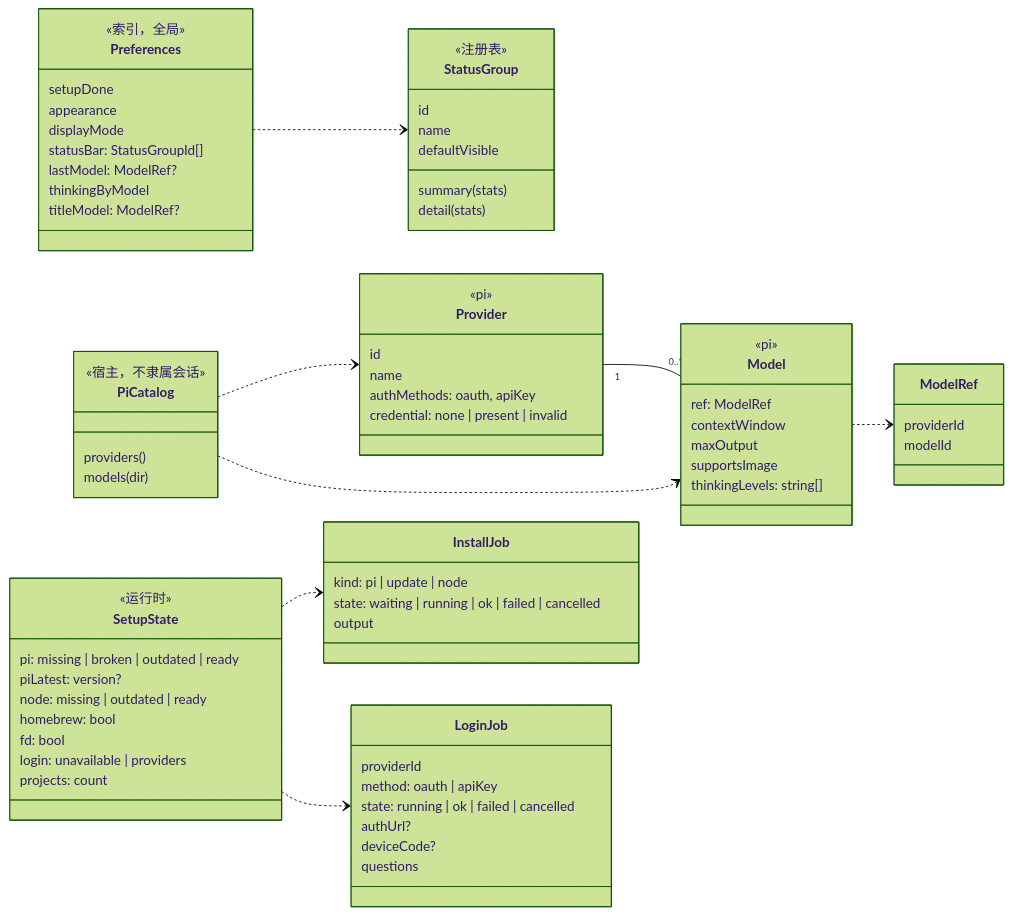
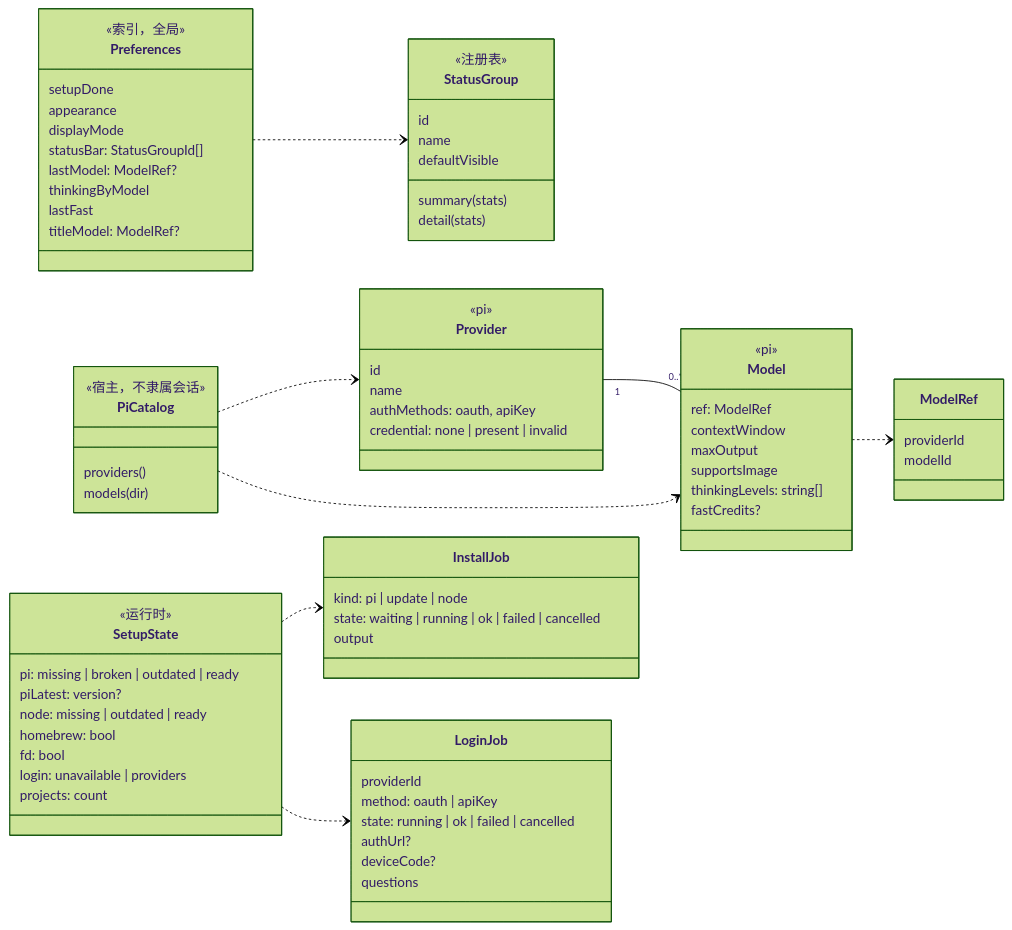
One commit to Wan-Kai/atrium changed the fifth of 7 diagrams in docs/architecture/domain-model.md. Above: the diagram before and after it, drawn with Mermaid (forest theme). The commit also changed other lines of this file and 77 other files, not shown here.

````diff
--- a/docs/architecture/domain-model.md
+++ b/docs/architecture/domain-model.md
@@ -460,76 +460,78 @@
 ```mermaid
 classDiagram
     direction LR
     class ModelRef {
       providerId
       modelId
     }
     class Provider {
       <<pi>>
       id
       name
       authMethods: oauth, apiKey
       credential: none | present | invalid
     }
     class Model {
       <<pi>>
       ref: ModelRef
       contextWindow
       maxOutput
       supportsImage
       thinkingLevels: string[]
+      fastCredits?
     }
     class PiCatalog {
       <<宿主，不隶属会话>>
       providers()
       models(dir)
     }
     class Preferences {
       <<索引，全局>>
       setupDone
       appearance
       displayMode
       statusBar: StatusGroupId[]
       lastModel: ModelRef?
       thinkingByModel
+      lastFast
       titleModel: ModelRef?
     }
     class StatusGroup {
       <<注册表>>
       id
       name
       defaultVisible
       summary(stats)
       detail(stats)
     }
     class SetupState {
       <<运行时>>
       pi: missing | broken | outdated | ready
       piLatest: version?
       node: missing | outdated | ready
       homebrew: bool
       fd: bool
       login: unavailable | providers
       projects: count
     }
     class InstallJob {
       kind: pi | update | node
       state: waiting | running | ok | failed | cancelled
       output
     }
     class LoginJob {
       providerId
       method: oauth | apiKey
       state: running | ok | failed | cancelled
       authUrl?
       deviceCode?
       questions
     }
     PiCatalog ..> Provider
     PiCatalog ..> Model
     Provider "1" -- "0..*" Model
     Model ..> ModelRef
     Preferences ..> StatusGroup
     SetupState ..> InstallJob
     SetupState ..> LoginJob
 ```
````
